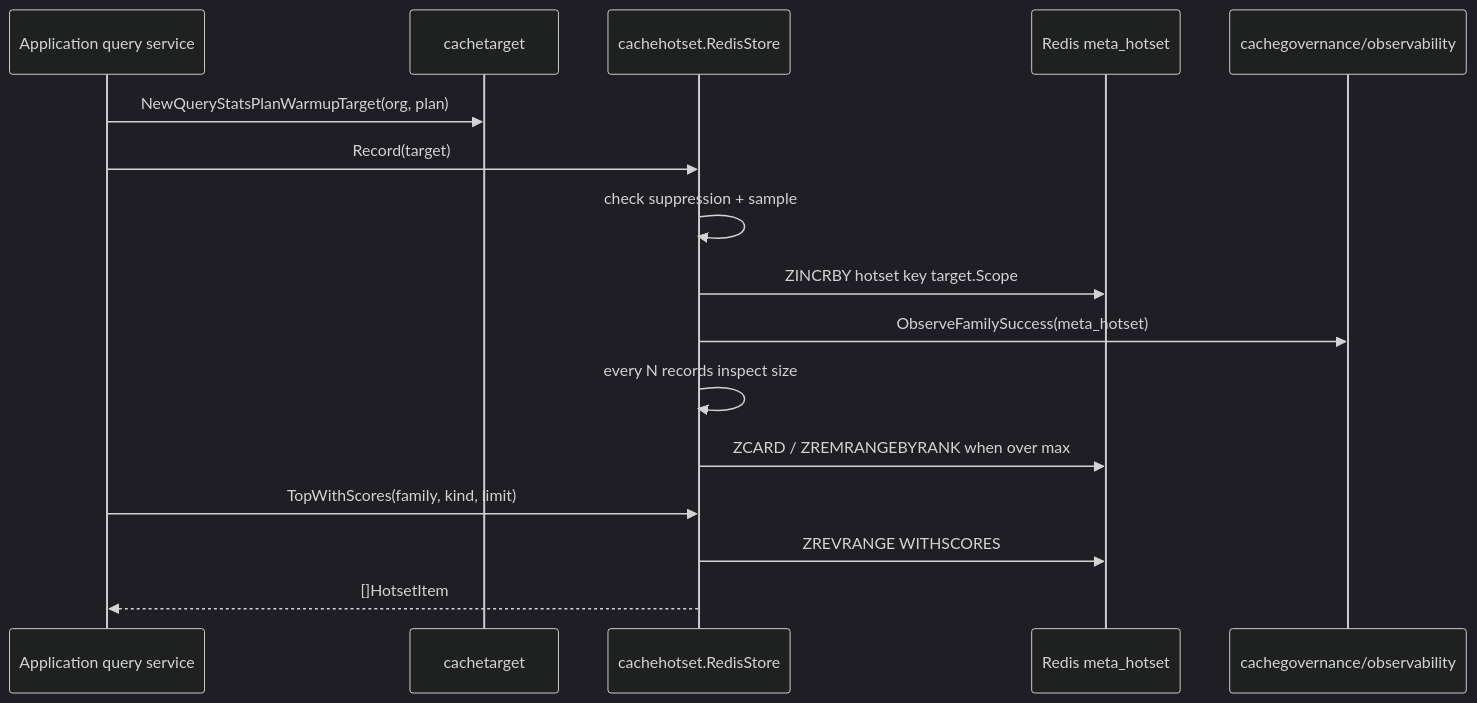
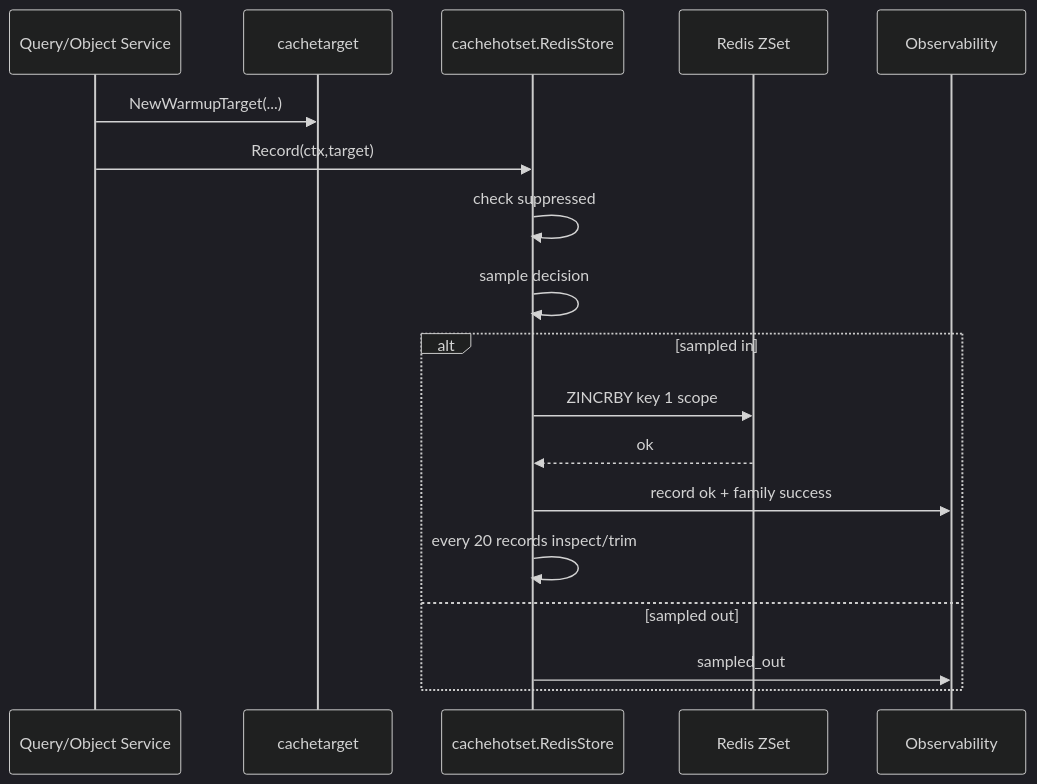
Before and after one commit to FangcunMount/qs-server: the second of 4 diagrams in docs/03-基础设施/redis/05-Hotset与WarmupTarget模型.md, drawn with Mermaid (dark theme). The commit also changed other lines of this file and 10 other files, not shown here.

````diff
--- a/docs/03-基础设施/redis/05-Hotset与WarmupTarget模型.md
+++ b/docs/03-基础设施/redis/05-Hotset与WarmupTarget模型.md
@@ -54,20 +359,21 @@
 ```mermaid
 sequenceDiagram
-    participant App as Application query service
-    participant T as cachetarget
-    participant H as cachehotset.RedisStore
-    participant R as Redis meta_hotset
-    participant O as cachegovernance/observability
+    participant App as Query/Object Service
+    participant Target as cachetarget
+    participant Hotset as cachehotset.RedisStore
+    participant Redis as Redis ZSet
+    participant Obs as Observability
 
-    App->>T: NewQueryStatsPlanWarmupTarget(org, plan)
-    App->>H: Record(target)
-    H->>H: check suppression + sample
-    H->>R: ZINCRBY hotset key target.Scope
-    H->>O: ObserveFamilySuccess(meta_hotset)
-    H->>H: every N records inspect size
-    H->>R: ZCARD / ZREMRANGEBYRANK when over max
-
-    App->>H: TopWithScores(family, kind, limit)
-    H->>R: ZREVRANGE WITHSCORES
-    H-->>App: []HotsetItem
+    App->>Target: NewWarmupTarget(...)
+    App->>Hotset: Record(ctx,target)
+    Hotset->>Hotset: check suppressed
+    Hotset->>Hotset: sample decision
+    alt sampled in
+        Hotset->>Redis: ZINCRBY key 1 scope
+        Redis-->>Hotset: ok
+        Hotset->>Obs: record ok + family success
+        Hotset->>Hotset: every 20 records inspect/trim
+    else sampled out
+        Hotset->>Obs: sampled_out
+    end
 ```
````
